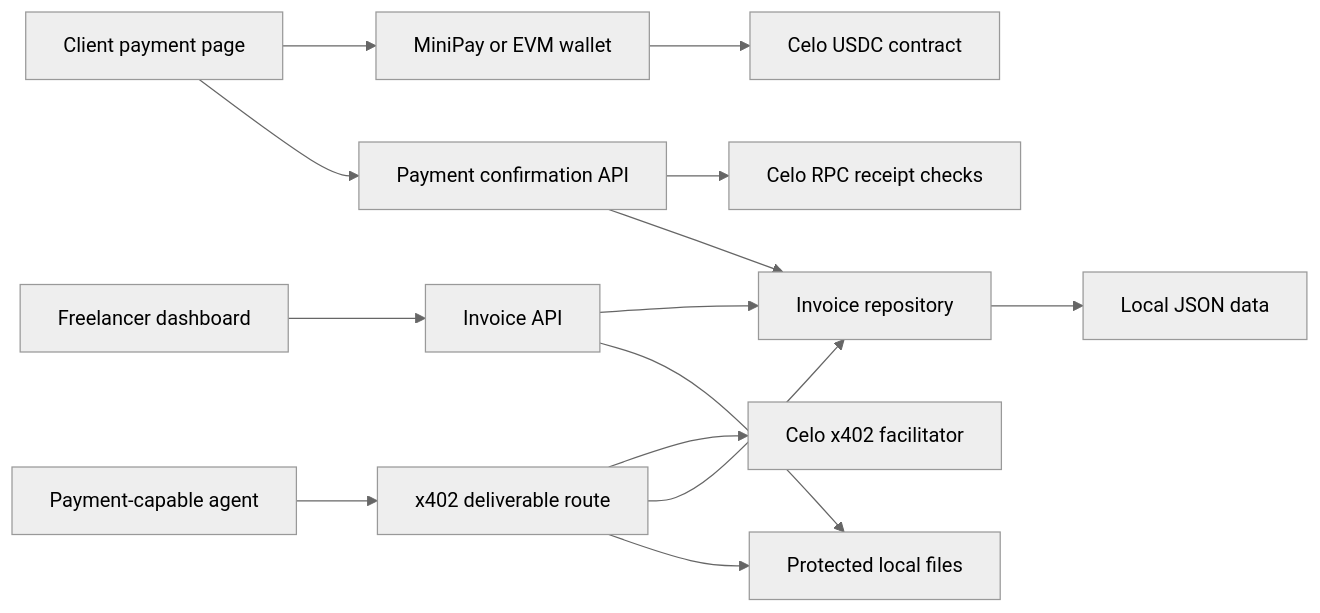
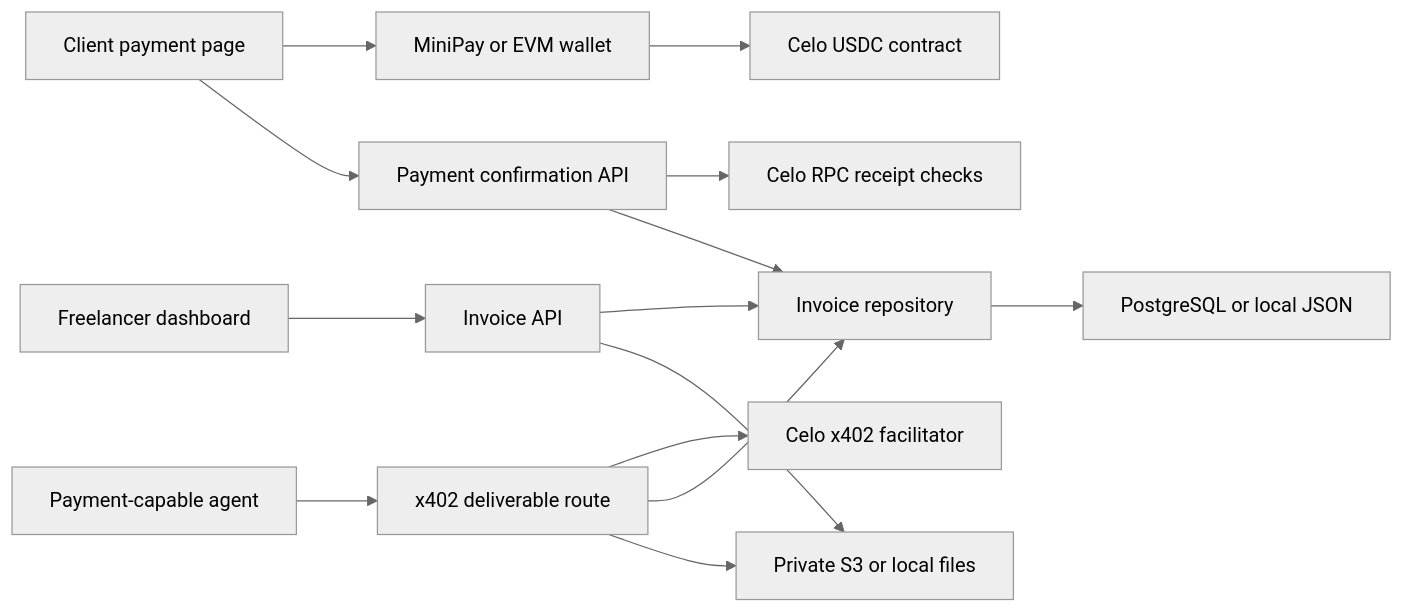
The diagram in docs/architecture.md (zynorr/tendapay), drawn with Mermaid (neutral theme) before and after one commit. The commit also changed other lines of this file and 17 other files, not shown here.

````diff
--- a/docs/architecture.md
+++ b/docs/architecture.md
@@ -6,16 +6,16 @@
 ```mermaid
 flowchart LR
   Freelancer["Freelancer dashboard"] --> InvoiceAPI["Invoice API"]
   Client["Client payment page"] --> Wallet["MiniPay or EVM wallet"]
   Wallet --> Celo["Celo USDC contract"]
   Client --> ConfirmAPI["Payment confirmation API"]
   ConfirmAPI --> CeloRPC["Celo RPC receipt checks"]
   Agent["Payment-capable agent"] --> X402["x402 deliverable route"]
   X402 --> Facilitator["Celo x402 facilitator"]
   InvoiceAPI --> Repository["Invoice repository"]
   ConfirmAPI --> Repository
   X402 --> Repository
-  Repository --> Data["Local JSON data"]
-  InvoiceAPI --> Files["Protected local files"]
+  Repository --> Data["PostgreSQL or local JSON"]
+  InvoiceAPI --> Files["Private S3 or local files"]
   X402 --> Files
 ```
````
